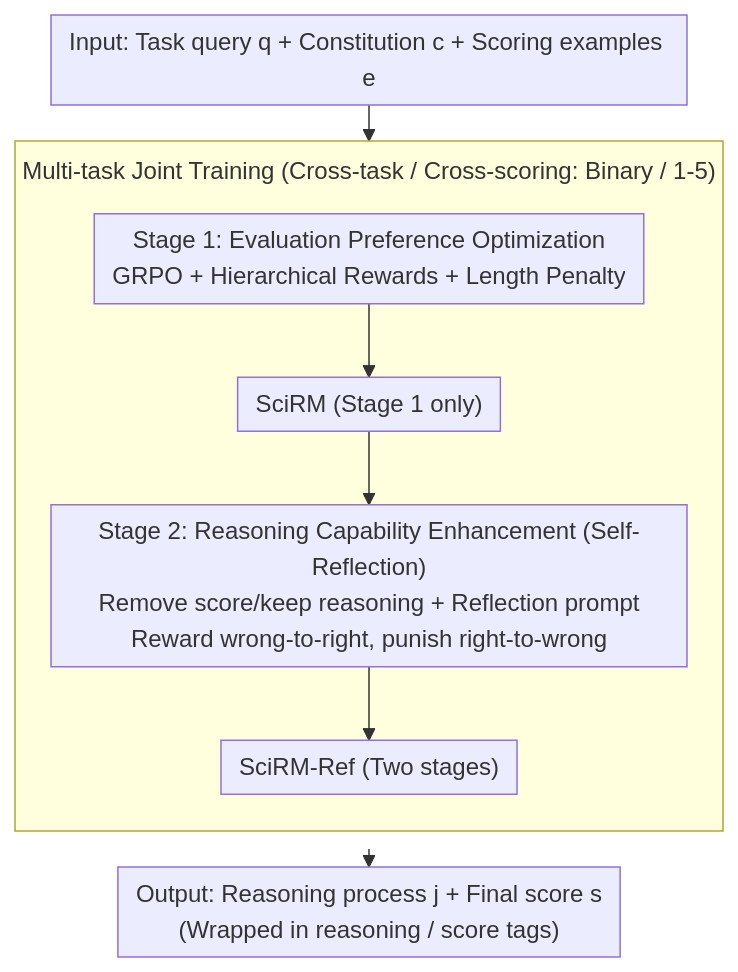
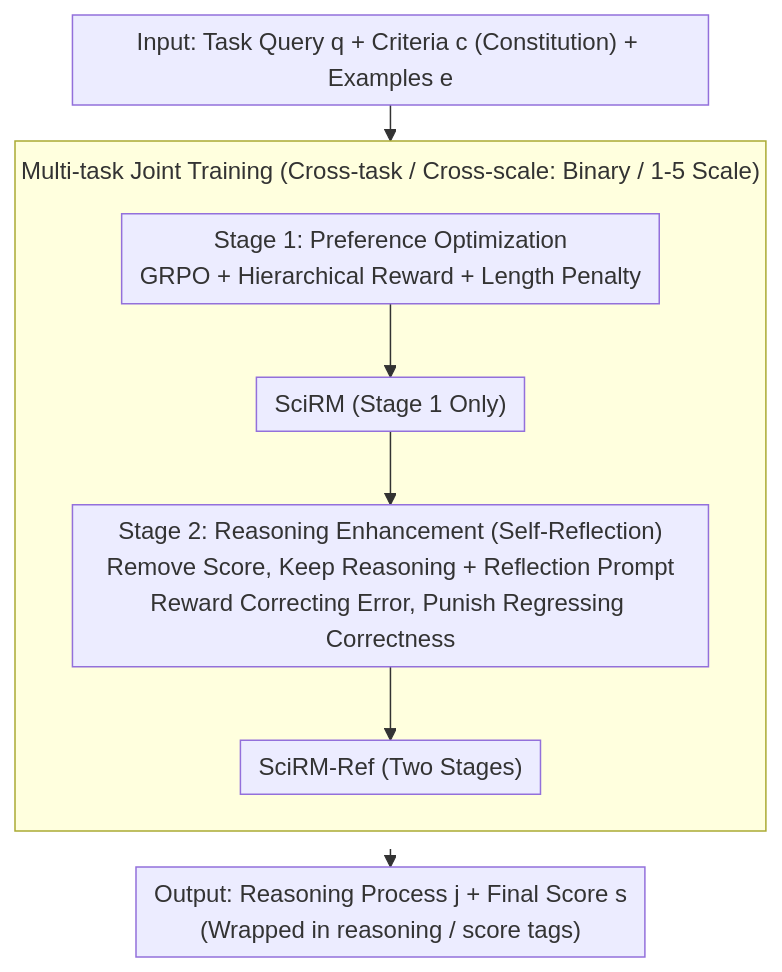
One commit to zhaoyang97/Paper-Notes-en changed the diagram in docs/ACL2026/llm_evaluation/reward_modeling_for_scientific_writing_evaluation.md. Above: the diagram before and after it, drawn with Mermaid. The commit also changed other lines of this file and 5084 other files, not shown here.

````diff
--- a/docs/ACL2026/llm_evaluation/reward_modeling_for_scientific_writing_evaluation.md
+++ b/docs/ACL2026/llm_evaluation/reward_modeling_for_scientific_writing_evaluation.md
@@ -45,12 +45,12 @@
 ```mermaid
 %%{init: {'flowchart': {'rankSpacing': 24, 'nodeSpacing': 28, 'padding': 6, 'wrappingWidth': 400, 'subGraphTitleMargin': {'top': 8, 'bottom': 16}}}}%%
 flowchart TD
-    A["Input: Task query q + Constitution c + Scoring examples e"] --> S1
-    subgraph MT["Multi-task Joint Training (Cross-task / Cross-scoring: Binary / 1-5)"]
+    A["Input: Task Query q + Criteria c (Constitution) + Examples e"] --> S1
+    subgraph MT["Multi-task Joint Training (Cross-task / Cross-scale: Binary / 1-5 Scale)"]
         direction TB
-        S1["Stage 1: Evaluation Preference Optimization<br/>GRPO + Hierarchical Rewards + Length Penalty"] --> M1["SciRM (Stage 1 only)"]
-        M1 --> S2["Stage 2: Reasoning Capability Enhancement (Self-Reflection)<br/>Remove score/keep reasoning + Reflection prompt<br/>Reward wrong-to-right, punish right-to-wrong"]
-        S2 --> M2["SciRM-Ref (Two stages)"]
+        S1["Stage 1: Preference Optimization<br/>GRPO + Hierarchical Reward + Length Penalty"] --> M1["SciRM (Stage 1 Only)"]
+        M1 --> S2["Stage 2: Reasoning Enhancement (Self-Reflection)<br/>Remove Score, Keep Reasoning + Reflection Prompt<br/>Reward Correcting Error, Punish Regressing Correctness"]
+        S2 --> M2["SciRM-Ref (Two Stages)"]
     end
-    MT --> O["Output: Reasoning process j + Final score s<br/>(Wrapped in reasoning / score tags)"]
+    MT --> O["Output: Reasoning Process j + Final Score s<br/>(Wrapped in reasoning / score tags)"]
 ```
````
